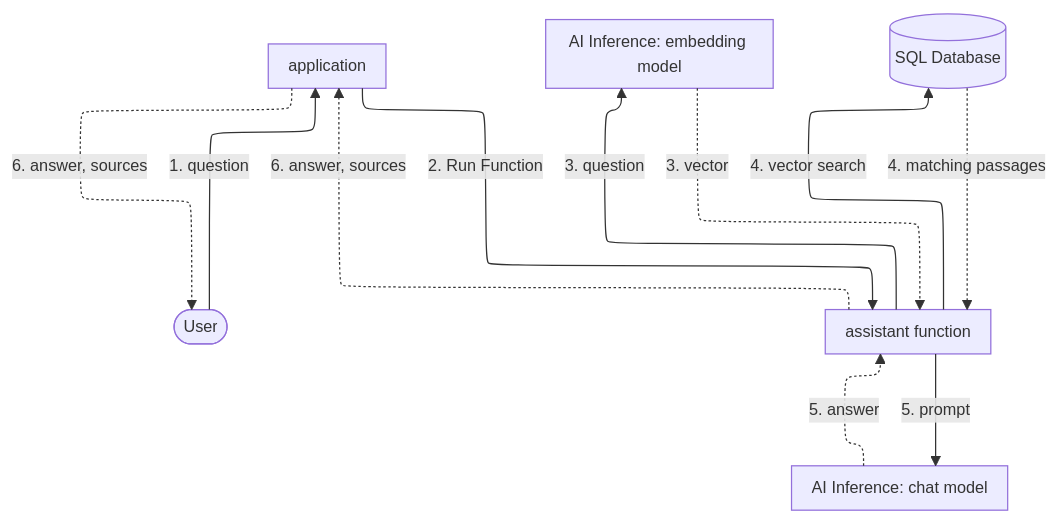
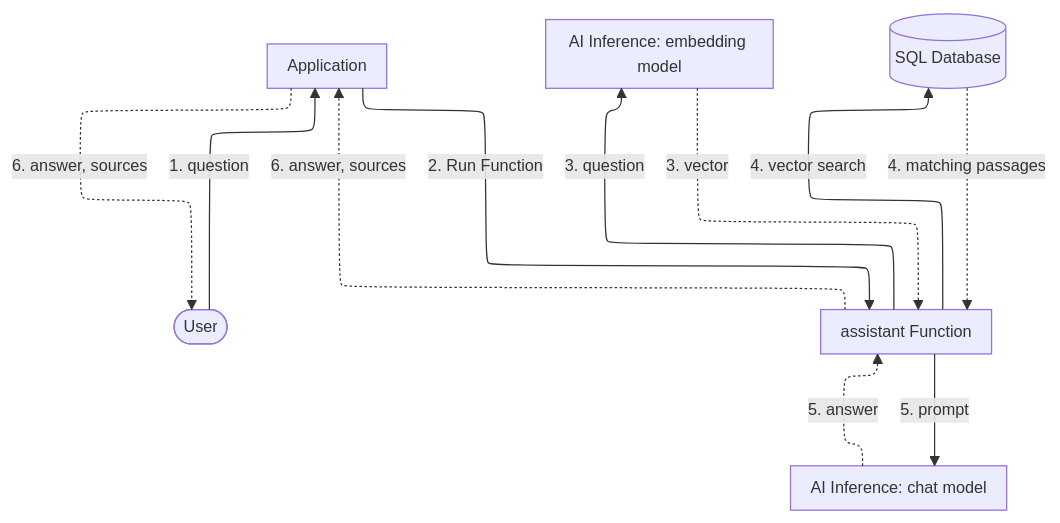
Before and after one commit to aziontech/docs: the diagram in apps/docs/src/content/docs/en/pages/architectures/artificial-intelligence/ai-agent-copilot.mdx, drawn with Mermaid. The commit also changed other lines of this file and 5 other files, not shown here.

````diff
--- a/apps/docs/src/content/docs/en/pages/architectures/artificial-intelligence/ai-agent-copilot.mdx
+++ b/apps/docs/src/content/docs/en/pages/architectures/artificial-intelligence/ai-agent-copilot.mdx
@@ -25,20 +25,20 @@
 ```mermaid
 %%{init: {"layout": "elk", "elk": {"cycleBreakingStrategy": "MODEL_ORDER"}, "themeVariables": {"fontSize": "13px"}, "flowchart": {"nodeSpacing": 24, "rankSpacing": 36, "padding": 8, "wrappingWidth": 150, "useMaxWidth": true}, "sequence": {"width": 120, "actorMargin": 30, "useMaxWidth": true}}}%%
 flowchart TD
   User(["User"])
-  App["application"]
-  Fn["assistant function"]
+  App["Application"]
+  Fn["assistant Function"]
   Embed["AI Inference: embedding model"]
   DB[("SQL Database")]
   Chat["AI Inference: chat model"]
   User -->|"1. question"| App
   App -->|"2. Run Function"| Fn
   Fn -->|"3. question"| Embed
   Fn -->|"4. vector search"| DB
   Fn -->|"5. prompt"| Chat
   Embed -.->|"3. vector"| Fn
   DB -.->|"4. matching passages"| Fn
   Chat -.->|"5. answer"| Fn
   Fn -.->|"6. answer, sources"| App
   App -.->|"6. answer, sources"| User
 ```
````
